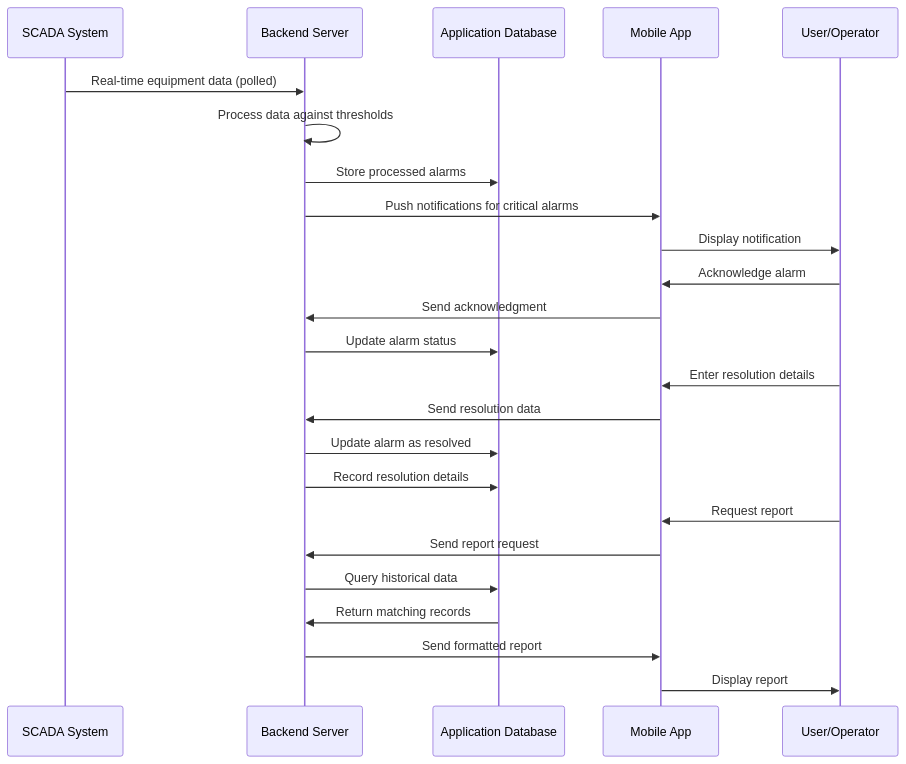
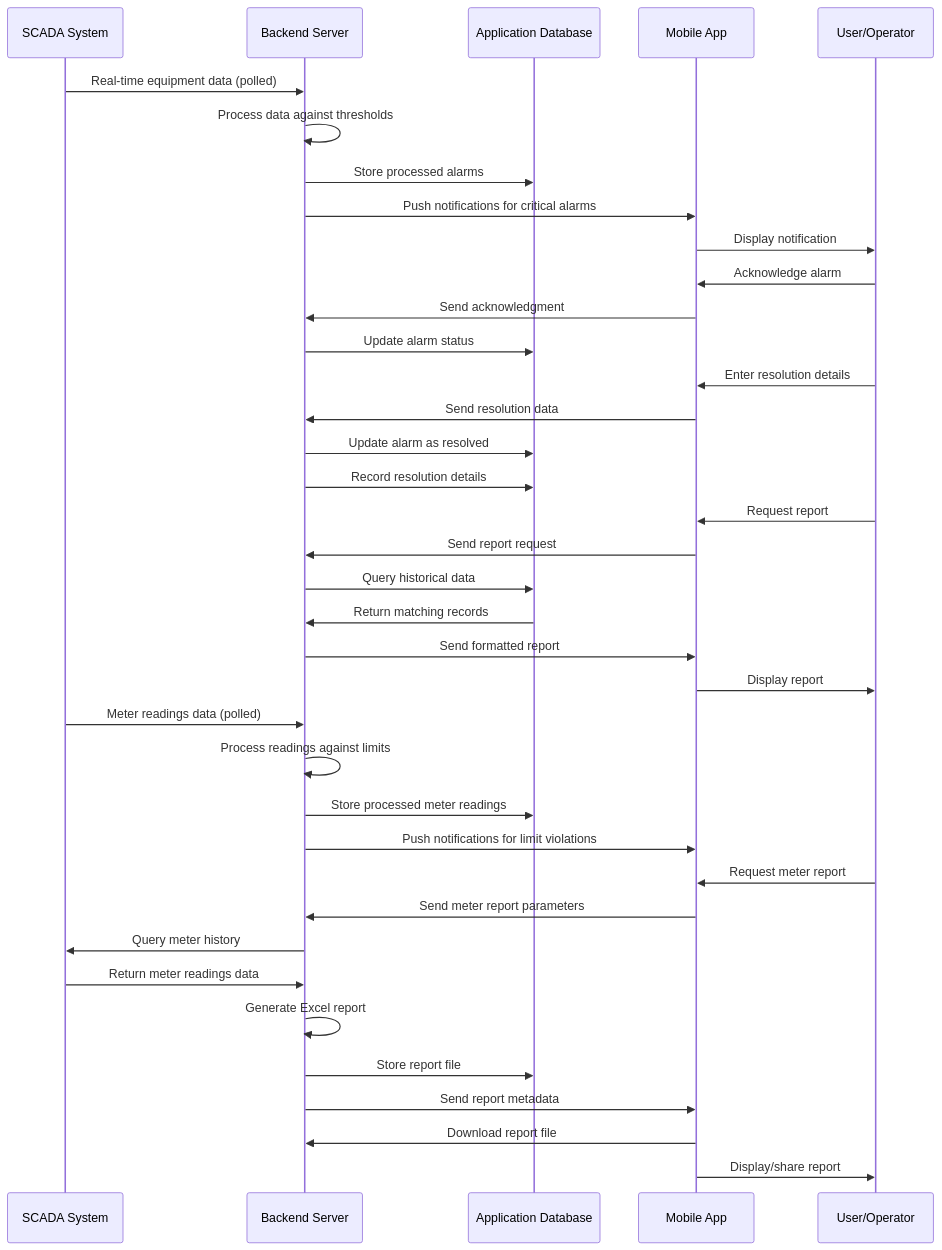
The second of 8 diagrams in README.md (CHIRANJEEVICHETAN/Eagle-Notifier), drawn with Mermaid before and after one commit. The commit also changed other lines of this file and 2 other files, not shown here.

````diff
--- a/README.md
+++ b/README.md
@@ -185,27 +201,40 @@
 ```mermaid
 sequenceDiagram
     participant SCADA as SCADA System
     participant Server as Backend Server
     participant DB as Application Database
     participant Mobile as Mobile App
     participant User as User/Operator
 
     SCADA->>Server: Real-time equipment data (polled)
     Server->>Server: Process data against thresholds
     Server->>DB: Store processed alarms
     Server->>Mobile: Push notifications for critical alarms
     Mobile->>User: Display notification
     User->>Mobile: Acknowledge alarm
     Mobile->>Server: Send acknowledgment
     Server->>DB: Update alarm status
     User->>Mobile: Enter resolution details
     Mobile->>Server: Send resolution data
     Server->>DB: Update alarm as resolved
     Server->>DB: Record resolution details
     User->>Mobile: Request report
     Mobile->>Server: Send report request
     Server->>DB: Query historical data
     DB->>Server: Return matching records
     Server->>Mobile: Send formatted report
     Mobile->>User: Display report
+    SCADA->>Server: Meter readings data (polled)
+    Server->>Server: Process readings against limits
+    Server->>DB: Store processed meter readings
+    Server->>Mobile: Push notifications for limit violations
+    User->>Mobile: Request meter report
+    Mobile->>Server: Send meter report parameters
+    Server->>SCADA: Query meter history
+    SCADA->>Server: Return meter readings data
+    Server->>Server: Generate Excel report
+    Server->>DB: Store report file
+    Server->>Mobile: Send report metadata
+    Mobile->>Server: Download report file
+    Mobile->>User: Display/share report
 ```
````
